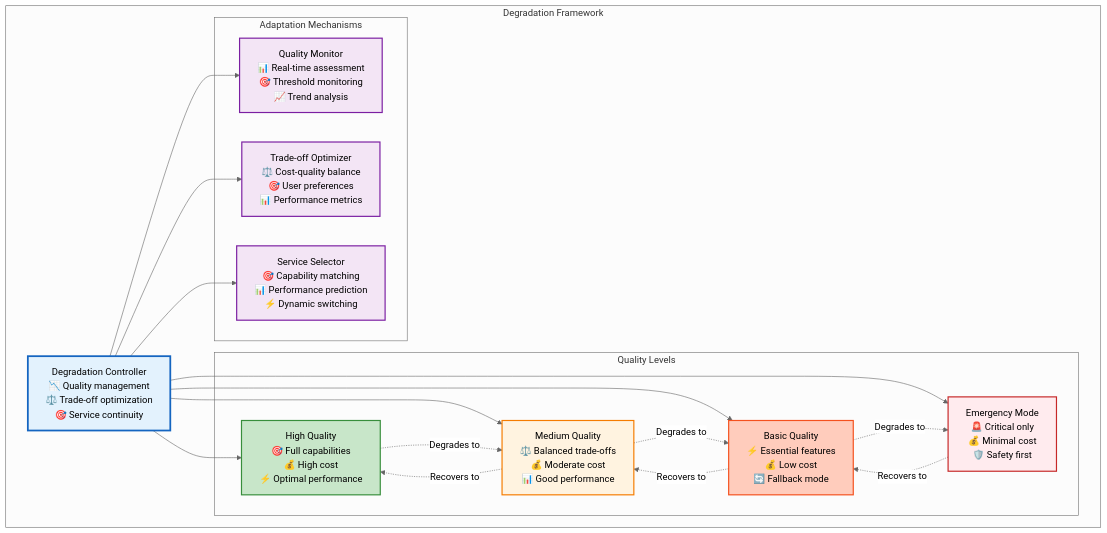
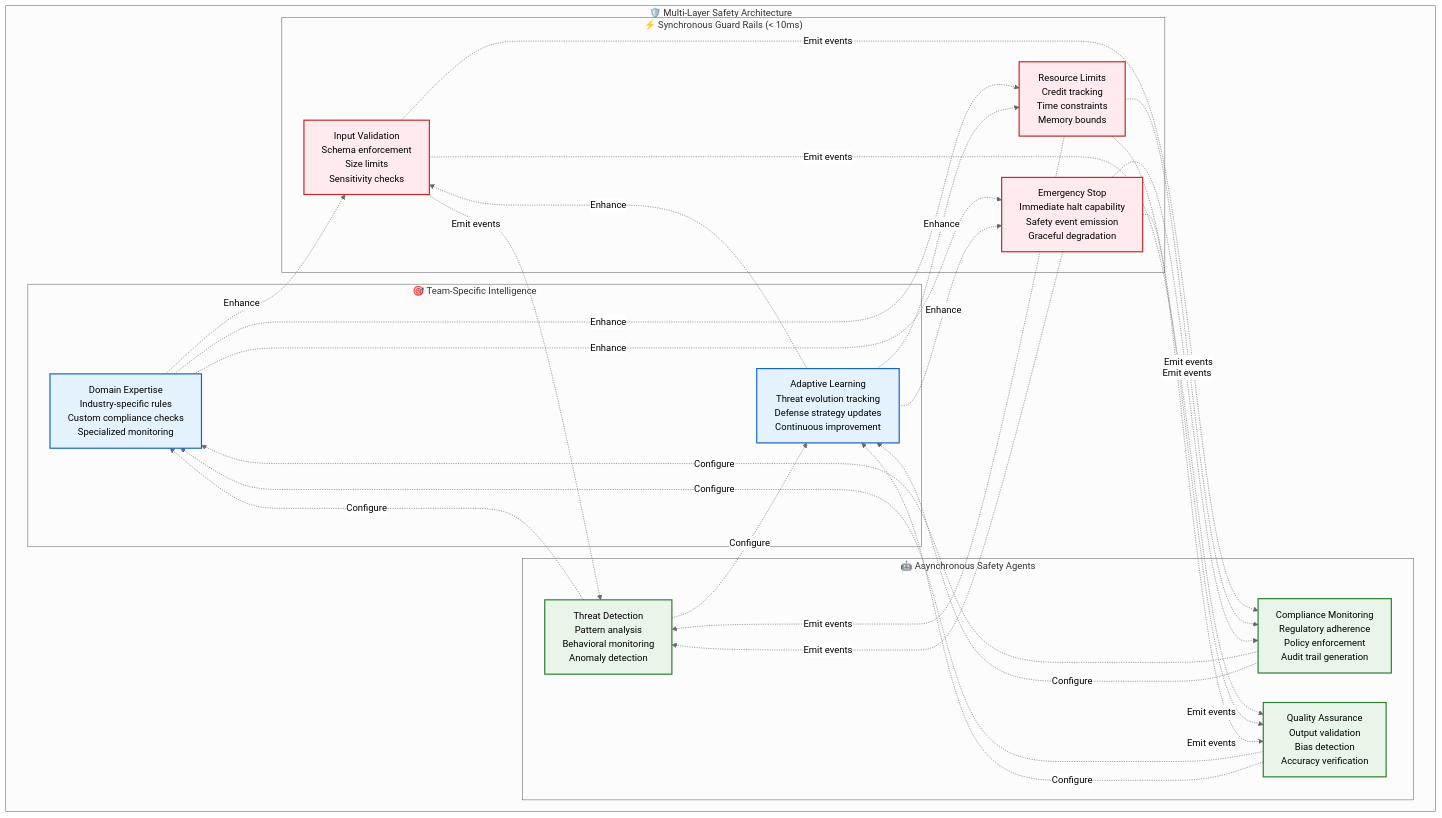
The sixth of 6 diagrams in docs/architecture/execution/README.md (Vrooli/Vrooli), drawn with Mermaid (neutral theme) before and after one commit. The commit also changed other lines of this file and 10 other files, not shown here.

````diff
--- a/docs/architecture/execution/README.md
+++ b/docs/architecture/execution/README.md
@@ -413,50 +215,33 @@
 ```mermaid
 graph TB
-    subgraph "Degradation Framework"
-        DegradationController[Degradation Controller<br/>📉 Quality management<br/>⚖️ Trade-off optimization<br/>🎯 Service continuity]
-        
-        subgraph "Quality Levels"
-            HighQuality[High Quality<br/>🎯 Full capabilities<br/>💰 High cost<br/>⚡ Optimal performance]
-            MediumQuality[Medium Quality<br/>⚖️ Balanced trade-offs<br/>💰 Moderate cost<br/>📊 Good performance]
-            BasicQuality[Basic Quality<br/>⚡ Essential features<br/>💰 Low cost<br/>🔄 Fallback mode]
-            EmergencyMode[Emergency Mode<br/>🚨 Critical only<br/>💰 Minimal cost<br/>🛡️ Safety first]
+    subgraph "🛡️ Multi-Layer Safety Architecture"
+        subgraph "⚡ Synchronous Guard Rails (< 10ms)"
+            S1[Input Validation<br/>Schema enforcement<br/>Size limits<br/>Sensitivity checks]
+            S2[Resource Limits<br/>Credit tracking<br/>Time constraints<br/>Memory bounds]
+            S3[Emergency Stop<br/>Immediate halt capability<br/>Safety event emission<br/>Graceful degradation]
         end
         
-        subgraph "Adaptation Mechanisms"
-            QualityMonitor[Quality Monitor<br/>📊 Real-time assessment<br/>🎯 Threshold monitoring<br/>📈 Trend analysis]
-            TradeoffOptimizer[Trade-off Optimizer<br/>⚖️ Cost-quality balance<br/>🎯 User preferences<br/>📊 Performance metrics]
-            ServiceSelector[Service Selector<br/>🎯 Capability matching<br/>📊 Performance prediction<br/>⚡ Dynamic switching]
+        subgraph "🤖 Asynchronous Safety Agents"
+            A1[Threat Detection<br/>Pattern analysis<br/>Behavioral monitoring<br/>Anomaly detection]
+            A2[Compliance Monitoring<br/>Regulatory adherence<br/>Policy enforcement<br/>Audit trail generation]
+            A3[Quality Assurance<br/>Output validation<br/>Bias detection<br/>Accuracy verification]
+        end
+        
+        subgraph "🎯 Team-Specific Intelligence"
+            T1[Domain Expertise<br/>Industry-specific rules<br/>Custom compliance checks<br/>Specialized monitoring]
+            T2[Adaptive Learning<br/>Threat evolution tracking<br/>Defense strategy updates<br/>Continuous improvement]
         end
     end
     
-    DegradationController --> HighQuality
-    DegradationController --> MediumQuality
-    DegradationController --> BasicQuality
-    DegradationController --> EmergencyMode
+    S1 & S2 & S3 -.->|"Emit events"| A1 & A2 & A3
+    A1 & A2 & A3 -.->|"Configure"| T1 & T2
+    T1 & T2 -.->|"Enhance"| S1 & S2 & S3
     
-    DegradationController --> QualityMonitor
-    DegradationController --> TradeoffOptimizer
-    DegradationController --> ServiceSelector
+    classDef sync fill:#ffebee,stroke:#c62828,stroke-width:2px
+    classDef async fill:#e8f5e8,stroke:#2e7d32,stroke-width:2px
+    classDef team fill:#e3f2fd,stroke:#1565c0,stroke-width:2px
     
-    HighQuality -.->|"Degrades to"| MediumQuality
-    MediumQuality -.->|"Degrades to"| BasicQuality
-    BasicQuality -.->|"Degrades to"| EmergencyMode
-    
-    EmergencyMode -.->|"Recovers to"| BasicQuality
-    BasicQuality -.->|"Recovers to"| MediumQuality
-    MediumQuality -.->|"Recovers to"| HighQuality
-    
-    classDef controller fill:#e3f2fd,stroke:#1565c0,stroke-width:3px
-    classDef highQuality fill:#c8e6c9,stroke:#388e3c,stroke-width:2px
-    classDef mediumQuality fill:#fff3e0,stroke:#f57c00,stroke-width:2px
-    classDef basicQuality fill:#ffccbc,stroke:#f4511e,stroke-width:2px
-    classDef emergency fill:#ffebee,stroke:#c62828,stroke-width:2px
-    classDef adaptation fill:#f3e5f5,stroke:#7b1fa2,stroke-width:2px
-    
-    class DegradationController controller
-    class HighQuality highQuality
-    class MediumQuality mediumQuality
-    class BasicQuality basicQuality
-    class EmergencyMode emergency
-    class QualityMonitor,TradeoffOptimizer,ServiceSelector adaptation
+    class S1,S2,S3 sync
+    class A1,A2,A3 async
+    class T1,T2 team
 ```
````
